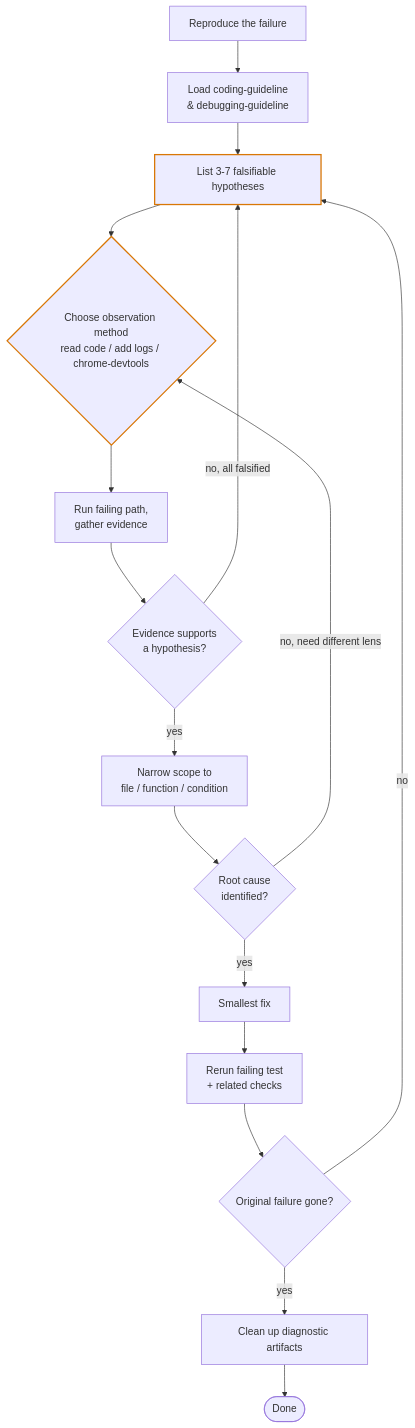
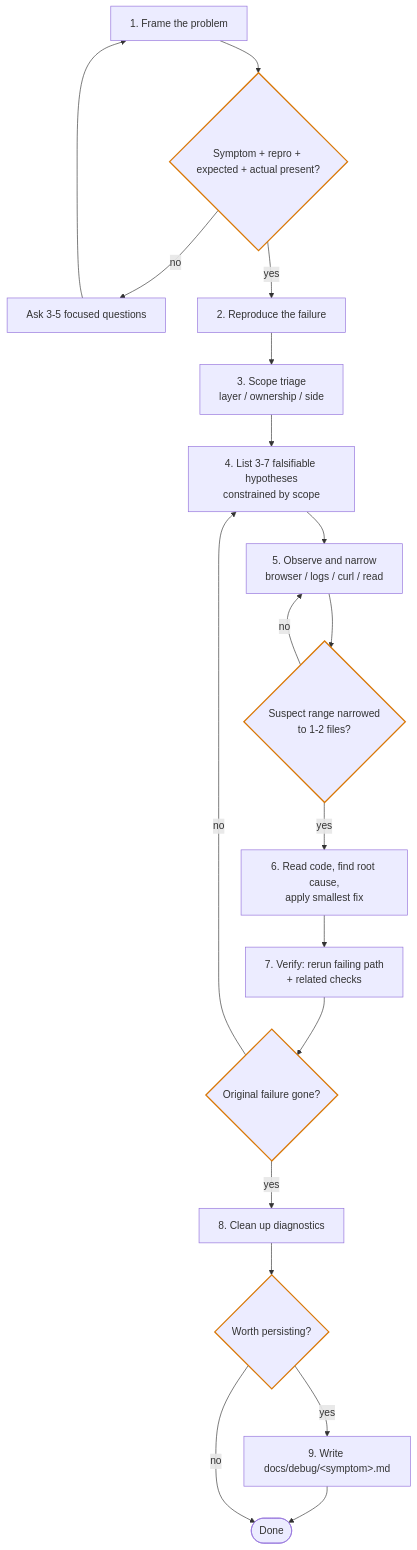
Before and after one commit to Jiangwlee/oh-my-superpowers: the diagram in skills/debug-issues/SKILL.md, drawn with Mermaid. The commit also changed other lines of this file and 4 other files, not shown here.

First line of the commit message:
feat(debug-issues): add framing, scope triage, and persist phases

````diff
--- a/skills/debug-issues/SKILL.md
+++ b/skills/debug-issues/SKILL.md
@@ -27,21 +22,31 @@
 ```mermaid
 flowchart TD
-    A[Reproduce the failure] --> B[Load coding-guideline<br/>& debugging-guideline]
-    B --> C[List 3-7 falsifiable hypotheses]
-    C --> D{Choose observation method<br/>read code / add logs / chrome-devtools}
-    D --> E[Run failing path,<br/>gather evidence]
-    E --> F{Evidence supports<br/>a hypothesis?}
-    F -- no, all falsified --> C
-    F -- yes --> G[Narrow scope to<br/>file / function / condition]
-    G --> H{Root cause<br/>identified?}
-    H -- no, need different lens --> D
-    H -- yes --> I[Smallest fix]
-    I --> J[Rerun failing test<br/>+ related checks]
-    J --> K{Original failure gone?}
-    K -- no --> C
-    K -- yes --> L[Clean up diagnostic artifacts]
-    L --> M([Done])
+    P1[1. Frame the problem]
+    P1G{Symptom + repro + expected + actual present?}
+    P1A[Ask 3-5 focused questions]
+    P2[2. Reproduce the failure]
+    P3[3. Scope triage<br/>layer / ownership / side]
+    P4[4. List 3-7 falsifiable hypotheses<br/>constrained by scope]
+    P5[5. Observe and narrow<br/>browser / logs / curl / read]
+    P5G{Suspect range narrowed<br/>to 1-2 files?}
+    P6[6. Read code, find root cause,<br/>apply smallest fix]
+    P7[7. Verify: rerun failing path<br/>+ related checks]
+    P7G{Original failure gone?}
+    P8[8. Clean up diagnostics]
+    P8G{Worth persisting?}
+    P9[9. Write docs/debug/&lt;symptom&gt;.md]
+    DONE([Done])
 
-    classDef loop stroke:#d97706,stroke-width:2px;
-    class C,D loop
+    P1 --> P1G
+    P1G -- no --> P1A --> P1
+    P1G -- yes --> P2 --> P3 --> P4 --> P5 --> P5G
+    P5G -- no --> P5
+    P5G -- yes --> P6 --> P7 --> P7G
+    P7G -- no --> P4
+    P7G -- yes --> P8 --> P8G
+    P8G -- yes --> P9 --> DONE
+    P8G -- no --> DONE
+
+    classDef gate stroke:#d97706,stroke-width:2px;
+    class P1G,P5G,P7G,P8G gate
 ```
````
